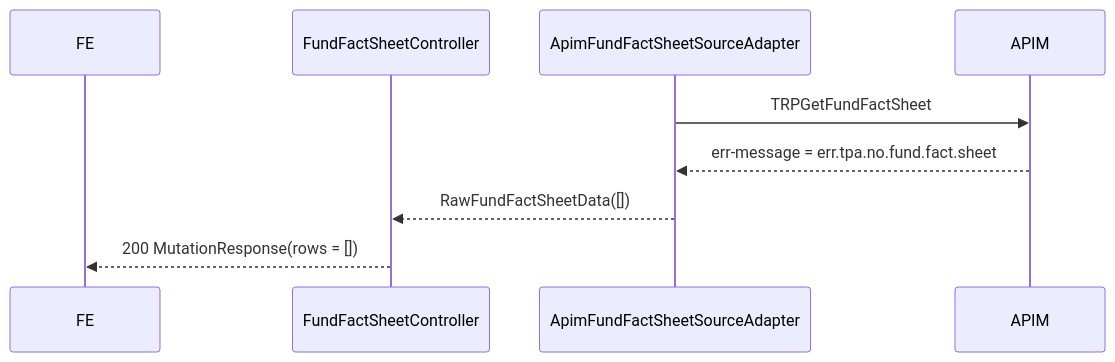
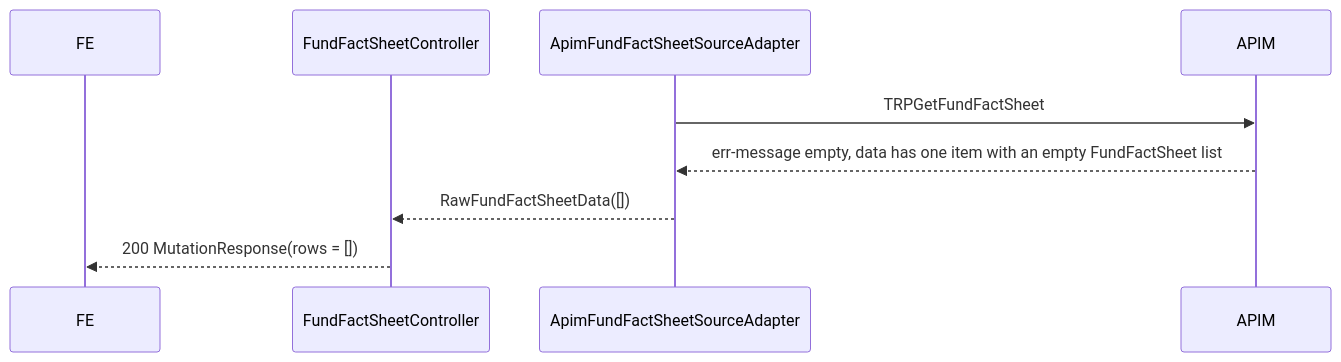
One commit to kcw30165/tpa-api-service changed the second of 4 diagrams in docs/design/11-fund-fact-sheet/fund-fact-sheet-sequence-diagrams.md. Above: the diagram before and after it, drawn with Mermaid. The commit also changed other lines of this file and 10 other files, not shown here.

Commit message:
docs(fund-fact-sheet): align design with updated TRPGetFundFactSheet contract

````diff
--- a/docs/design/11-fund-fact-sheet/fund-fact-sheet-sequence-diagrams.md
+++ b/docs/design/11-fund-fact-sheet/fund-fact-sheet-sequence-diagrams.md
@@ -31,11 +29,11 @@
 ```mermaid
 sequenceDiagram
     participant FE
     participant Ctl as FundFactSheetController
     participant Ad as ApimFundFactSheetSourceAdapter
     participant APIM
     Ad->>APIM: TRPGetFundFactSheet
-    APIM-->>Ad: err-message = err.tpa.no.fund.fact.sheet
+    APIM-->>Ad: err-message empty, data has one item with an empty FundFactSheet list
     Ad-->>Ctl: RawFundFactSheetData([])
     Ctl-->>FE: 200 MutationResponse(rows = [])
 ```
````
